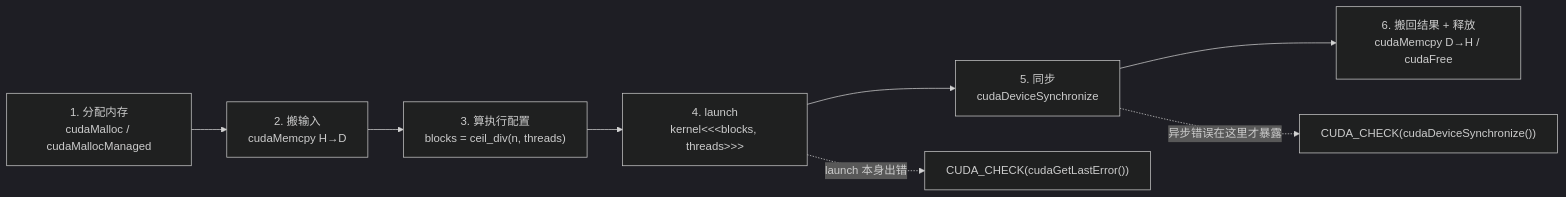
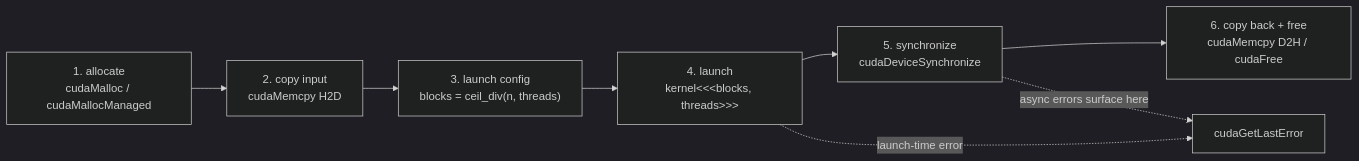
The first of 2 diagrams in Artificial_Intelligence/CUDA/学习笔记/C02 Programming Model.md (Korotomx/STD), drawn with Mermaid (dark theme) before and after one commit. The commit also changed other lines of this file and 173 other files, not shown here.

````diff
--- a/Artificial_Intelligence/CUDA/学习笔记/C02 Programming Model.md
+++ b/Artificial_Intelligence/CUDA/学习笔记/C02 Programming Model.md
@@ -24,10 +3,10 @@
 ```mermaid
 flowchart LR
-    A["1. 分配内存<br/>cudaMalloc / cudaMallocManaged"] --> B["2. 搬输入<br/>cudaMemcpy H→D"]
-    B --> C["3. 算执行配置<br/>blocks = ceil_div(n, threads)"]
-    C --> D["4. launch<br/>kernel<<&lt;blocks, threads&gt;&gt;&gt;"]
-    D --> E["5. 同步<br/>cudaDeviceSynchronize"]
-    E --> F["6. 搬回结果 + 释放<br/>cudaMemcpy D→H / cudaFree"]
-    E -. "异步错误在这里才暴露" .-> G["CUDA_CHECK(cudaDeviceSynchronize())"]
-    D -. "launch 本身出错" .-> H["CUDA_CHECK(cudaGetLastError())"]
+    A["1. allocate<br/>cudaMalloc / cudaMallocManaged"] --> B["2. copy input<br/>cudaMemcpy H2D"]
+    B --> C["3. launch config<br/>blocks = ceil_div(n, threads)"]
+    C --> D["4. launch<br/>kernel&lt;&lt;&lt;blocks, threads&gt;&gt;&gt;"]
+    D --> E["5. synchronize<br/>cudaDeviceSynchronize"]
+    E --> F["6. copy back + free<br/>cudaMemcpy D2H / cudaFree"]
+    E -. "async errors surface here" .-> G["cudaGetLastError"]
+    D -. "launch-time error" .-> G
 ```
````
